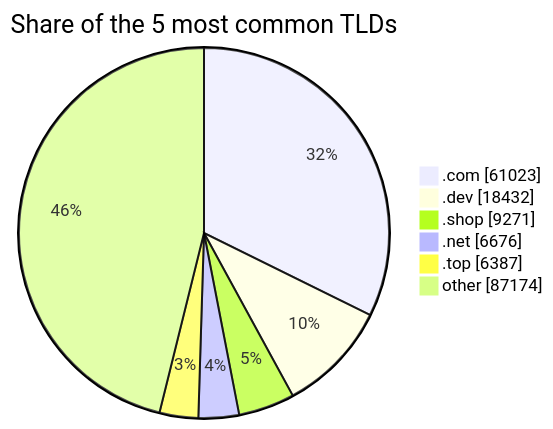
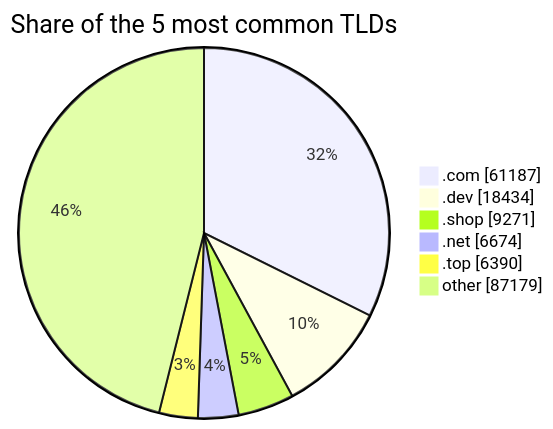
One commit to DNSBunker/CTI changed the third of 3 diagrams in README.md. Above: the diagram before and after it, drawn with Mermaid. The commit also changed other lines of this file and 3 other files, not shown here.

````diff
--- a/README.md
+++ b/README.md
@@ -81,9 +81,9 @@
 ```mermaid
 pie showData title Share of the 5 most common TLDs
-    ".com" : 61023
-    ".dev" : 18432
+    ".com" : 61187
+    ".dev" : 18434
     ".shop" : 9271
-    ".net" : 6676
-    ".top" : 6387
-    "other" : 87174
+    ".net" : 6674
+    ".top" : 6390
+    "other" : 87179
 ```
````
